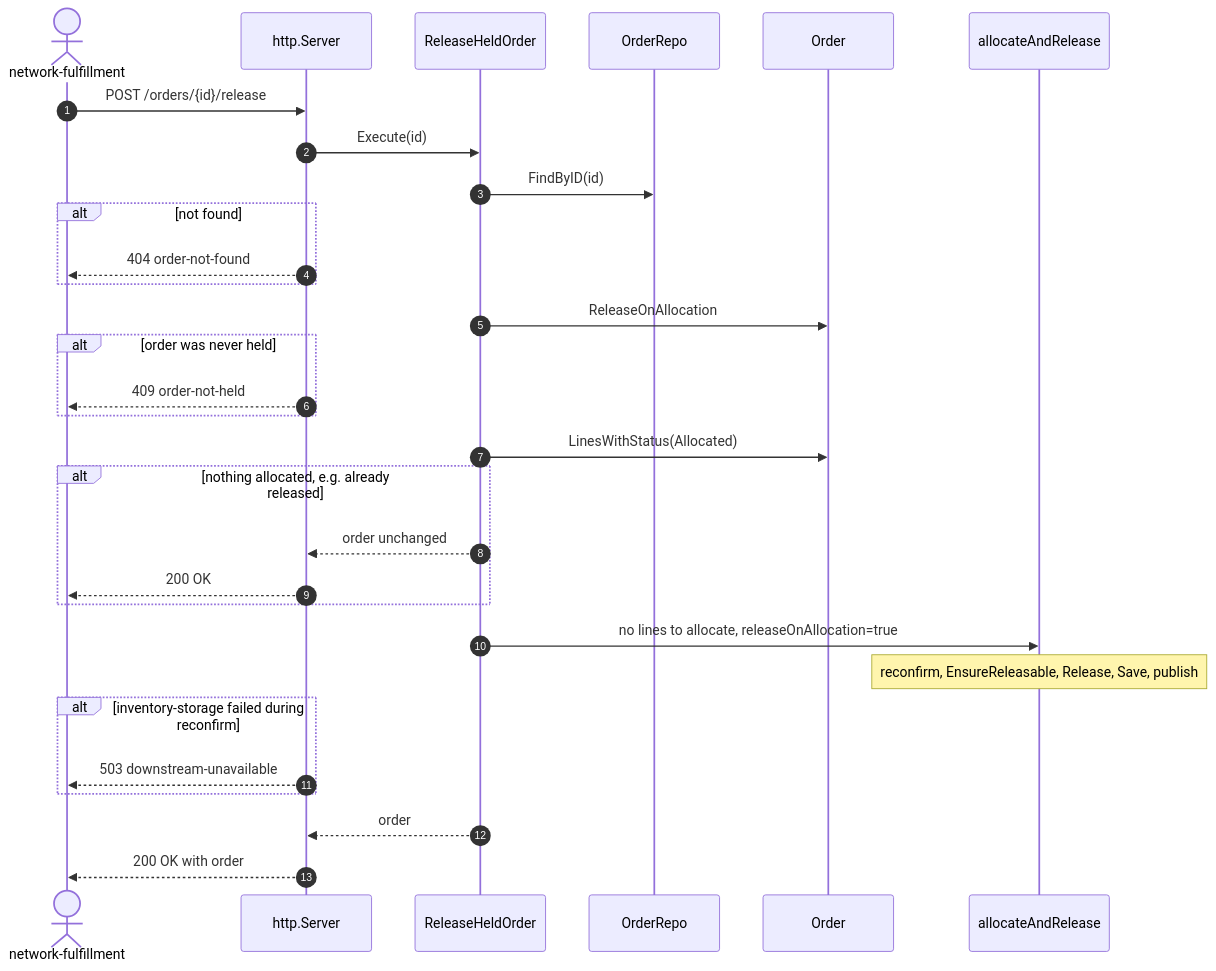
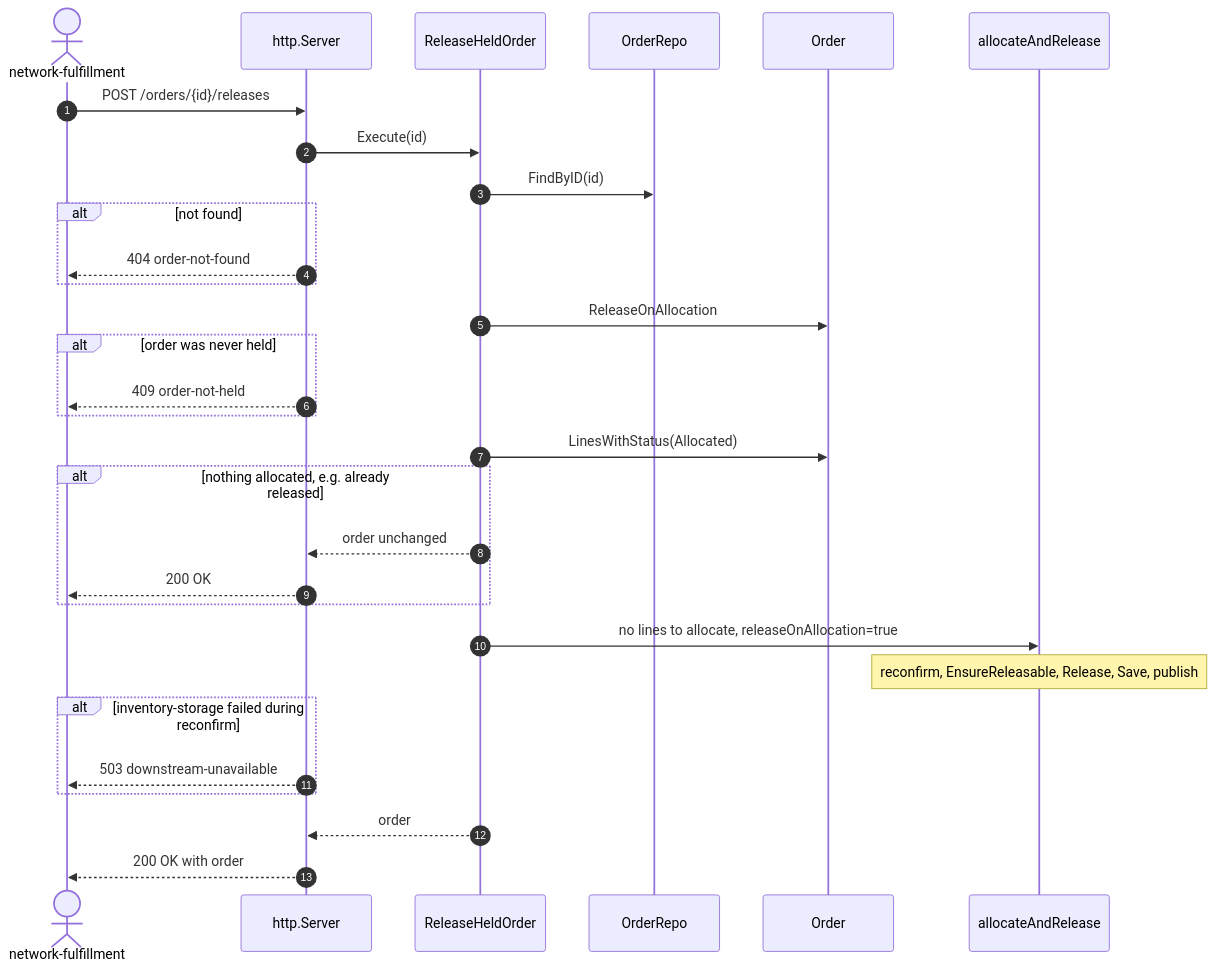
One commit to IQVO/warehouse-docs changed the fourth of 11 diagrams in docs/contexts/order-management/sequence-diagrams.md. Above: the diagram before and after it, drawn with Mermaid. The commit also changed other lines of this file and 272 other files, not shown here.

````diff
--- a/docs/contexts/order-management/sequence-diagrams.md
+++ b/docs/contexts/order-management/sequence-diagrams.md
@@ -228,33 +228,33 @@
 ```mermaid
 sequenceDiagram
   autonumber
   actor NF as network-fulfillment
   participant H as http.Server
   participant UC as ReleaseHeldOrder
   participant R as OrderRepo
   participant O as Order
   participant AP as allocateAndRelease
 
-  NF->>H: POST /orders/{id}/release
+  NF->>H: POST /orders/{id}/releases
   H->>UC: Execute(id)
   UC->>R: FindByID(id)
   alt not found
     H-->>NF: 404 order-not-found
   end
   UC->>O: ReleaseOnAllocation
   alt order was never held
     H-->>NF: 409 order-not-held
   end
   UC->>O: LinesWithStatus(Allocated)
   alt nothing allocated, e.g. already released
     UC-->>H: order unchanged
     H-->>NF: 200 OK
   end
   UC->>AP: no lines to allocate, releaseOnAllocation=true
   Note over AP: reconfirm, EnsureReleasable, Release, Save, publish
   alt inventory-storage failed during reconfirm
     H-->>NF: 503 downstream-unavailable
   end
   UC-->>H: order
   H-->>NF: 200 OK with order
 ```
````
